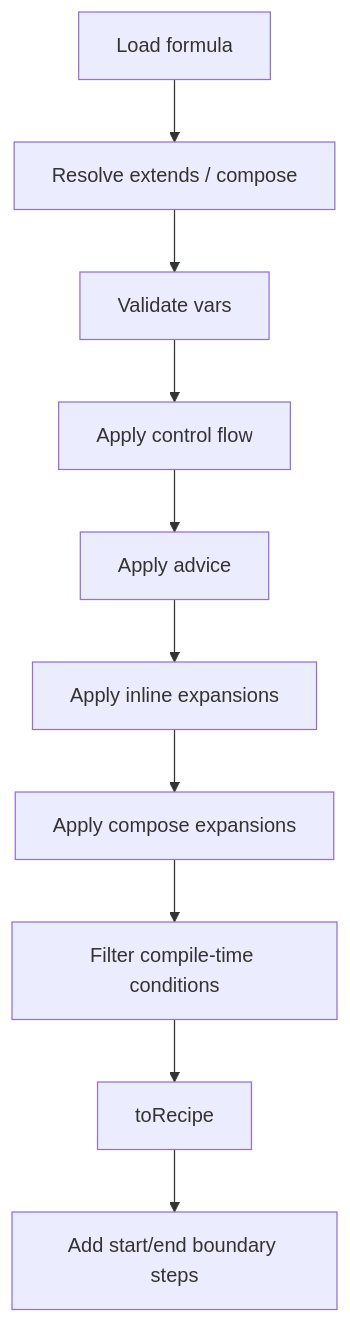
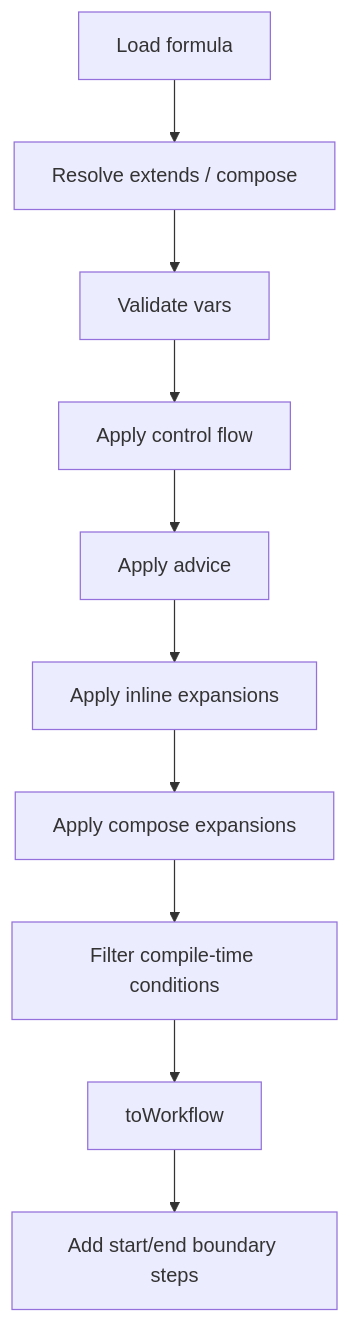
The third of 8 diagrams in ai-docs/formula-system.md (sjzsdu/tt), drawn with Mermaid before and after one commit. The commit also changed other lines of this file and 19 other files, not shown here.

````diff
--- a/ai-docs/formula-system.md
+++ b/ai-docs/formula-system.md
@@ -142,12 +142,12 @@
 ```mermaid
 flowchart TD
     A[Load formula] --> B[Resolve extends / compose]
     B --> C[Validate vars]
     C --> D[Apply control flow]
     D --> E[Apply advice]
     E --> F[Apply inline expansions]
     F --> G[Apply compose expansions]
     G --> H[Filter compile-time conditions]
-    H --> I[toRecipe]
+    H --> I[toWorkflow]
     I --> J[Add start/end boundary steps]
 ```
````
